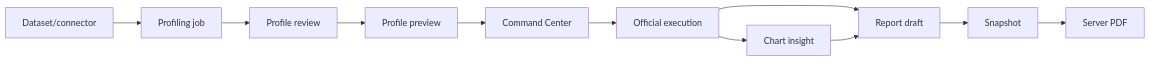
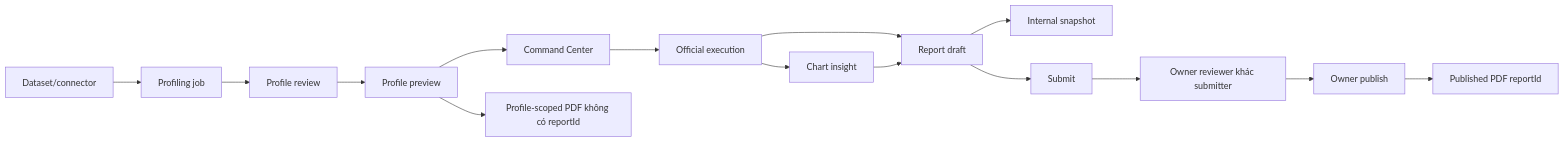
The second of 2 diagrams in docs/architecture/frontend.md (mhiu05/VDaAgent), drawn with Mermaid before and after one commit. The commit also changed other lines of this file and 1913 other files, not shown here.

````diff
--- a/docs/architecture/frontend.md
+++ b/docs/architecture/frontend.md
@@ -115,13 +115,17 @@
 ```mermaid
 flowchart LR
   Upload[Dataset/connector] --> Job[Profiling job]
   Job --> Review[Profile review]
   Review --> Preview[Profile preview]
   Preview --> Chart[Command Center]
   Chart --> Official[Official execution]
   Official --> Chat[Chart insight]
   Official --> Draft[Report draft]
   Chat --> Draft
-  Draft --> Snapshot[Snapshot]
-  Snapshot --> PDF[Server PDF]
+  Draft --> Snapshot[Internal snapshot]
+  Draft --> Submit[Submit]
+  Submit --> OwnerReview[Owner reviewer khác submitter]
+  OwnerReview --> Publish[Owner publish]
+  Publish --> PDF[Published PDF reportId]
+  Preview --> ProfilePDF[Profile-scoped PDF không có reportId]
 ```
````
